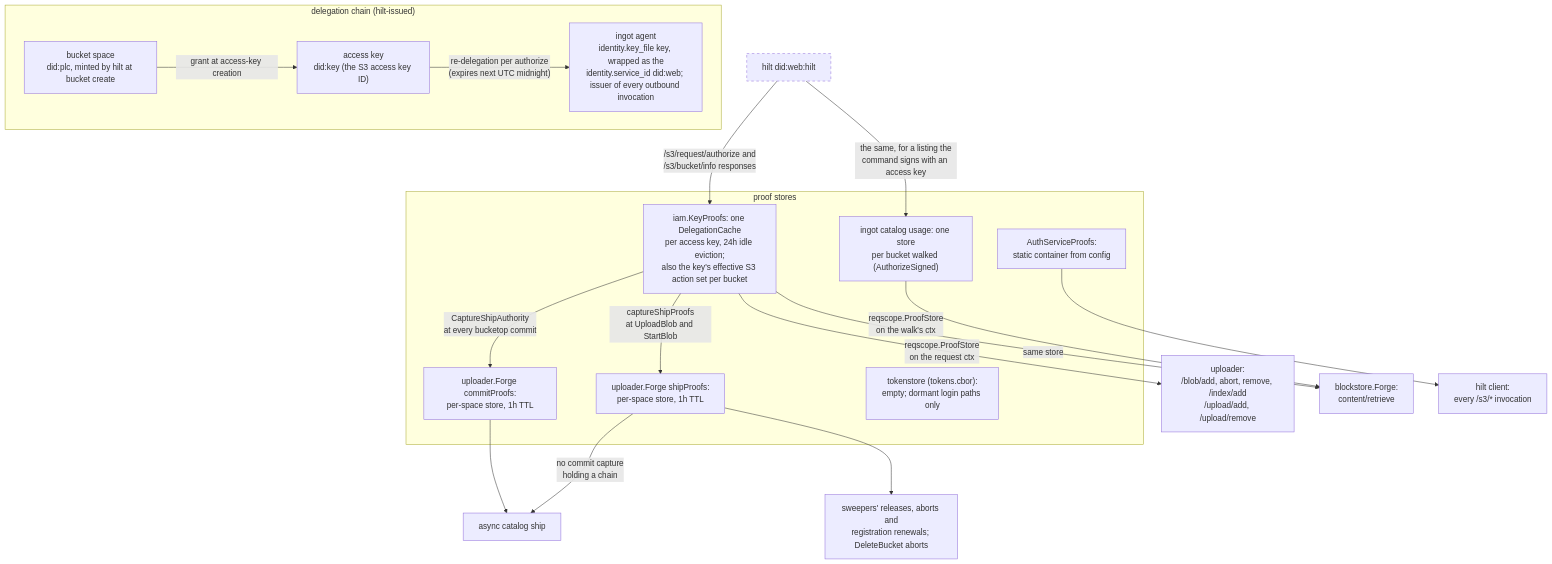
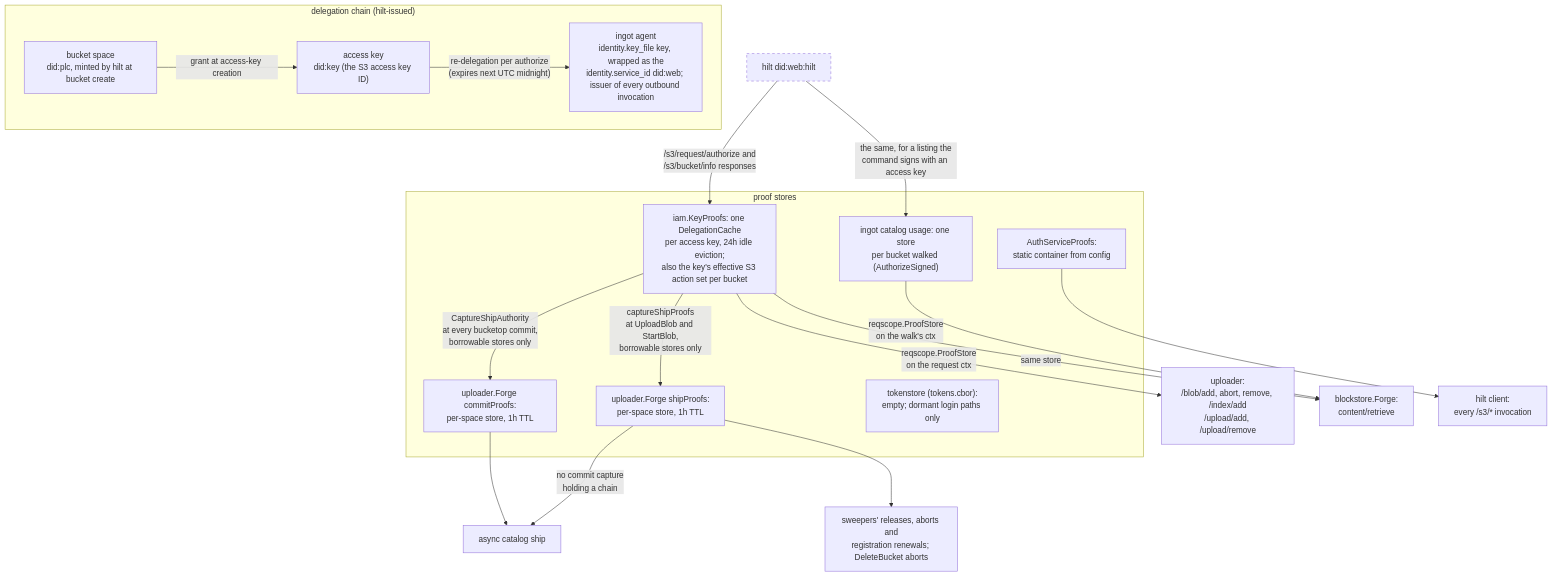
Diagram 12 of 15 in docs/diagrams.md (fil-forge/ingot), drawn with Mermaid before and after one commit. The commit also changed other lines of this file and 13 other files, not shown here.

First line of the commit message:
Hold a write's store as ship authority only while it may be borrowed (#290)

````diff
--- a/docs/diagrams.md
+++ b/docs/diagrams.md
@@ -908,35 +909,35 @@
 ```mermaid
 flowchart TB
     subgraph chain["delegation chain (hilt-issued)"]
         space["bucket space<br/>did:plc, minted by hilt at bucket create"]
         ak["access key<br/>did:key (the S3 access key ID)"]
         agent["ingot agent<br/>identity.key_file key, wrapped as the<br/>identity.service_id did:web; issuer of every outbound invocation"]
         space -->|"grant at access-key creation"| ak
         ak -->|"re-delegation per authorize<br/>(expires next UTC midnight)"| agent
     end
 
     hilt["hilt did:web:hilt"] -->|"/s3/request/authorize and<br/>/s3/bucket/info responses"| kp
     hilt -->|"the same, for a listing the<br/>command signs with an access key"| walk
 
     subgraph stores["proof stores"]
         kp["iam.KeyProofs: one DelegationCache<br/>per access key, 24h idle eviction;<br/>also the key's effective S3 action set per bucket"]
         ship["uploader.Forge shipProofs:<br/>per-space store, 1h TTL"]
         commit["uploader.Forge commitProofs:<br/>per-space store, 1h TTL"]
         static["AuthServiceProofs:<br/>static container from config"]
         walk["ingot catalog usage: one store<br/>per bucket walked (AuthorizeSigned)"]
         tok["tokenstore (tokens.cbor):<br/>empty; dormant login paths only"]
     end
 
     kp -->|"reqscope.ProofStore<br/>on the request ctx"| writes["uploader:<br/>/blob/add, abort, remove, /index/add<br/>/upload/add, /upload/remove"]
     kp -->|"same store"| reads["blockstore.Forge:<br/>content/retrieve"]
     walk -->|"reqscope.ProofStore<br/>on the walk's ctx"| reads
-    kp -->|"captureShipProofs<br/>at UploadBlob and StartBlob"| ship
-    kp -->|"CaptureShipAuthority<br/>at every bucketop commit"| commit
+    kp -->|"captureShipProofs<br/>at UploadBlob and StartBlob,<br/>borrowable stores only"| ship
+    kp -->|"CaptureShipAuthority<br/>at every bucketop commit,<br/>borrowable stores only"| commit
     commit --> catship["async catalog ship"]
     ship -->|"no commit capture<br/>holding a chain"| catship
     ship --> async["sweepers' releases, aborts and<br/>registration renewals; DeleteBucket aborts"]
     static --> hc["hilt client:<br/>every /s3/* invocation"]
 
     classDef external stroke-dasharray: 5 5
     class hilt external
 ```
````
